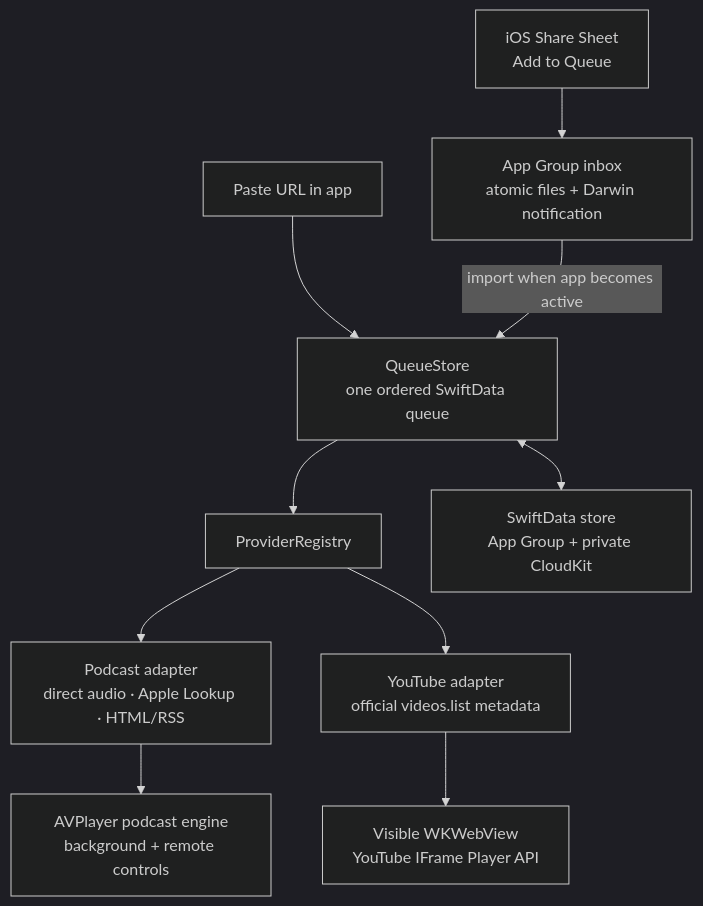
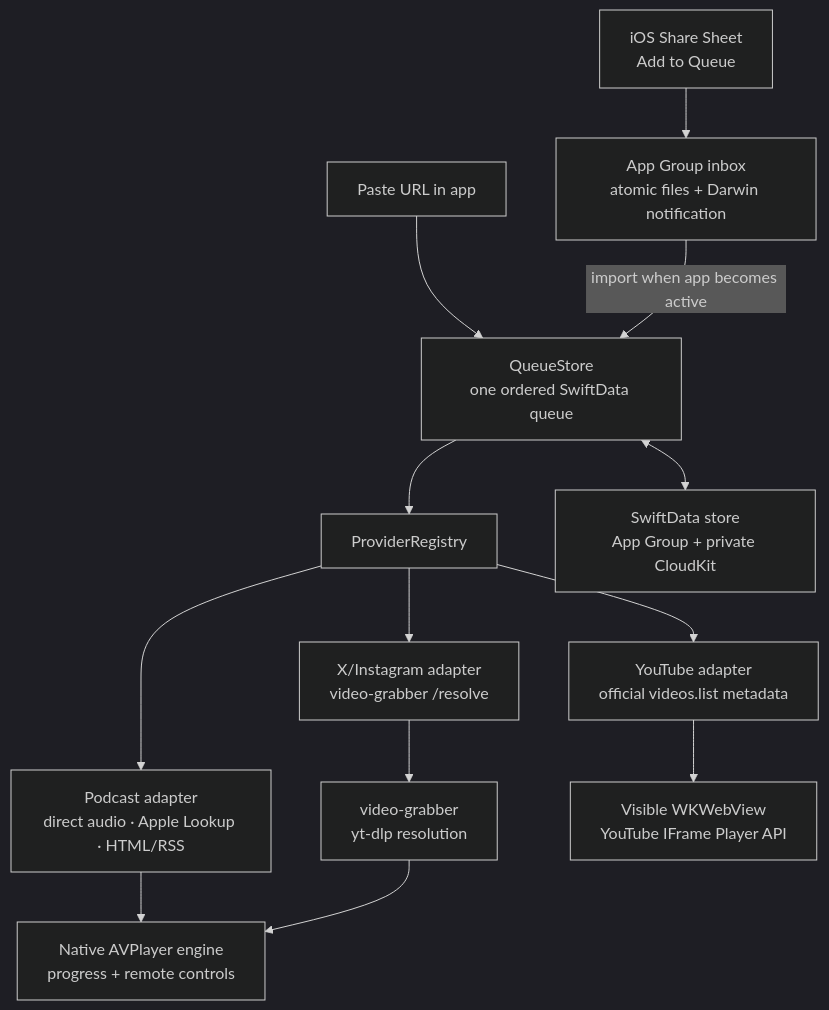
Before and after one commit to Kevinmthau/listen-later: the diagram in README.md, drawn with Mermaid (dark theme). The commit also changed other lines of this file and 23 other files, not shown here.

````diff
--- a/README.md
+++ b/README.md
@@ -20,12 +22,15 @@
 ```mermaid
 flowchart TD
     Share["iOS Share Sheet<br>Add to Queue"] --> Inbox["App Group inbox<br>atomic files + Darwin notification"]
     Paste["Paste URL in app"] --> Queue
     Inbox -->|"import when app becomes active"| Queue["QueueStore<br>one ordered SwiftData queue"]
     Queue --> Registry["ProviderRegistry"]
     Registry --> Podcast["Podcast adapter<br>direct audio · Apple Lookup · HTML/RSS"]
+    Registry --> Social["X/Instagram adapter<br>video-grabber /resolve"]
     Registry --> YouTube["YouTube adapter<br>official videos.list metadata"]
-    Podcast --> Audio["AVPlayer podcast engine<br>background + remote controls"]
+    Podcast --> Native["Native AVPlayer engine<br>progress + remote controls"]
+    Social --> Grabber["video-grabber<br>yt-dlp resolution"]
+    Grabber --> Native
     YouTube --> IFrame["Visible WKWebView<br>YouTube IFrame Player API"]
     Queue <--> Store["SwiftData store<br>App Group + private CloudKit"]
 ```
````
